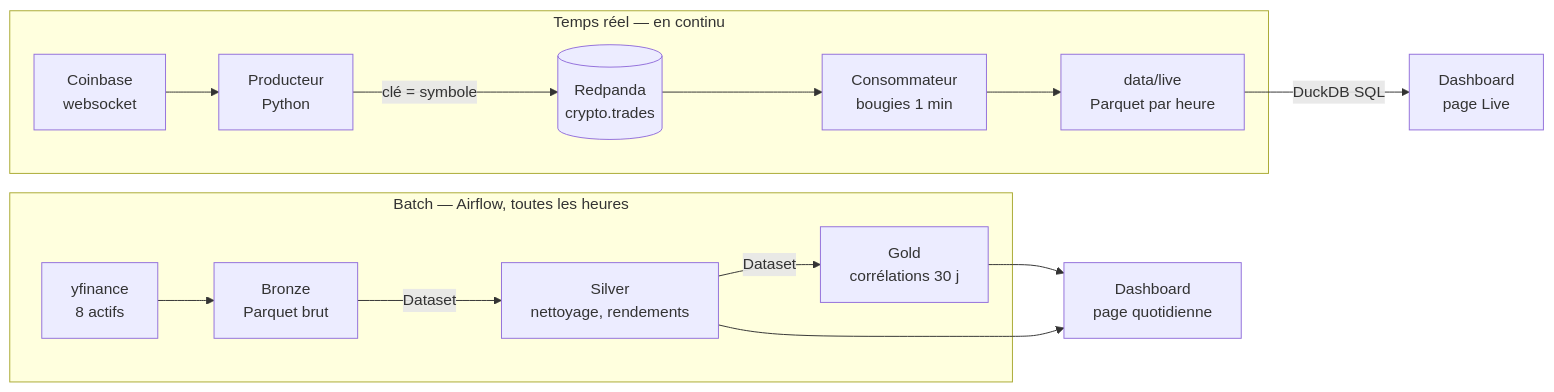
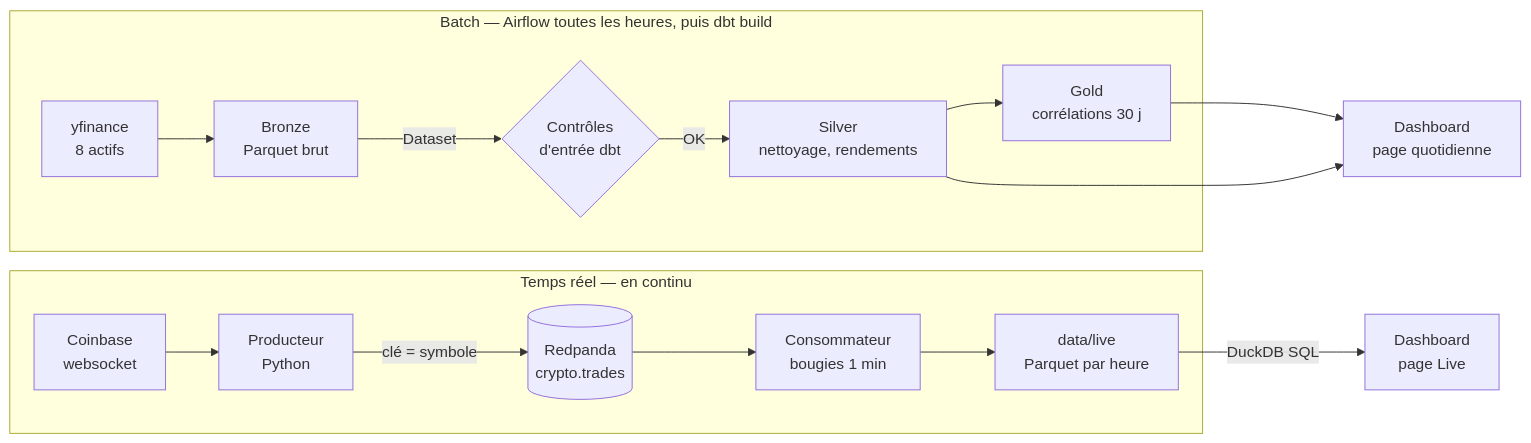
The diagram in README.md (paulfvt/finance-data-platform), drawn with Mermaid before and after one commit. The commit also changed other lines of this file and 1 other file, not shown here.

First line of the commit message:
docs: documenter la couche dbt, les biais corrigés et la CI

````diff
--- a/README.md
+++ b/README.md
@@ -18,17 +20,18 @@
 ```mermaid
 flowchart LR
-    subgraph batch["Batch — Airflow, toutes les heures"]
+    subgraph batch["Batch — Airflow toutes les heures, puis dbt build"]
         YF["yfinance<br/>8 actifs"] --> BR["Bronze<br/>Parquet brut"]
-        BR -->|Dataset| SI["Silver<br/>nettoyage, rendements"]
-        SI -->|Dataset| GO["Gold<br/>corrélations 30 j"]
+        BR -->|Dataset| QC{"Contrôles<br/>d'entrée dbt"}
+        QC -->|OK| SI["Silver<br/>nettoyage, rendements"]
+        SI --> GO["Gold<br/>corrélations 30 j"]
     end
     subgraph stream["Temps réel — en continu"]
         CB["Coinbase<br/>websocket"] --> PR["Producteur<br/>Python"]
         PR -->|"clé = symbole"| RP[("Redpanda<br/>crypto.trades")]
         RP --> CO["Consommateur<br/>bougies 1 min"]
         CO --> LV["data/live<br/>Parquet par heure"]
     end
     GO --> D1["Dashboard<br/>page quotidienne"]
     SI --> D1
     LV -->|"DuckDB SQL"| D2["Dashboard<br/>page Live"]
 ```
````
